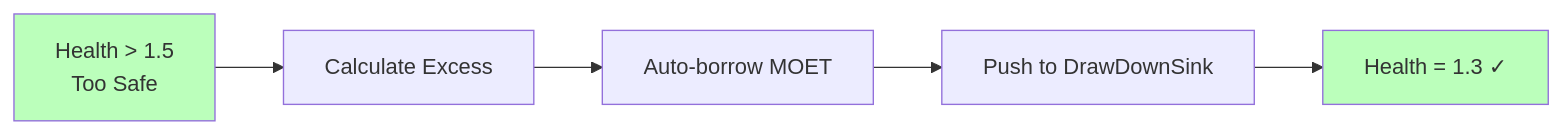
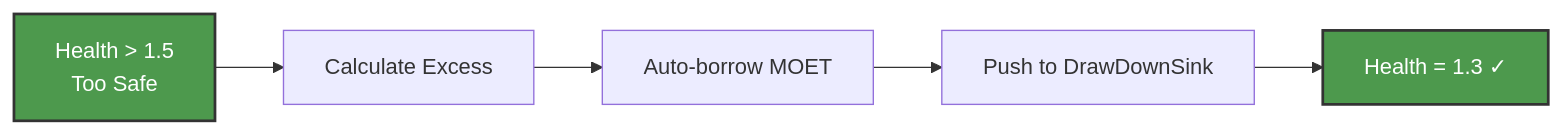
One commit to onflow/docs changed the third of 11 diagrams in docs/defi/alp/moet-role.md. Above: the diagram before and after it, drawn with Mermaid. The commit also changed other lines of this file and 12 other files, not shown here.

````diff
--- a/docs/defi/alp/moet-role.md
+++ b/docs/defi/alp/moet-role.md
@@ -83,10 +81,10 @@
 ```mermaid
 graph LR
     A[Health > 1.5<br/>Too Safe] --> B[Calculate Excess]
     B --> C[Auto-borrow MOET]
     C --> D[Push to DrawDownSink]
     D --> E[Health = 1.3 ✓]
 
-    style A fill:#bfb
-    style E fill:#bfb
+    style A fill:#4d994d,stroke:#333,stroke-width:2px,color:#fff
+    style E fill:#4d994d,stroke:#333,stroke-width:2px,color:#fff
 ```
````
